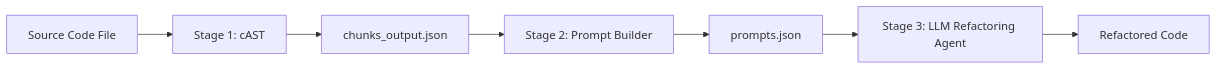
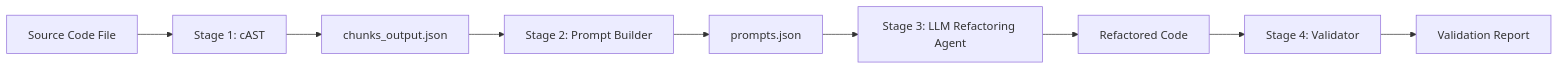
The diagram in README.md (Developer-Sahil/ai-refactoring-pipeline), drawn with Mermaid before and after one commit. The commit also changed other lines of this file and 76 other files, not shown here.

Commit message:
Refactor: Reorganized repository into backend/frontend/docs structure and integrated Stage 4 Validator

````diff
--- a/README.md
+++ b/README.md
@@ -9,9 +9,11 @@
 ```mermaid
 graph LR
     Source[Source Code File] --> Stage1[Stage 1: cAST]
     Stage1 --> Chunks[chunks_output.json]
     Chunks --> Stage2[Stage 2: Prompt Builder]
     Stage2 --> Prompts[prompts.json]
     Prompts --> Stage3[Stage 3: LLM Refactoring Agent]
     Stage3 --> Output[Refactored Code]
+    Output --> Stage4[Stage 4: Validator]
+    Stage4 --> Report[Validation Report]
 ```
````
